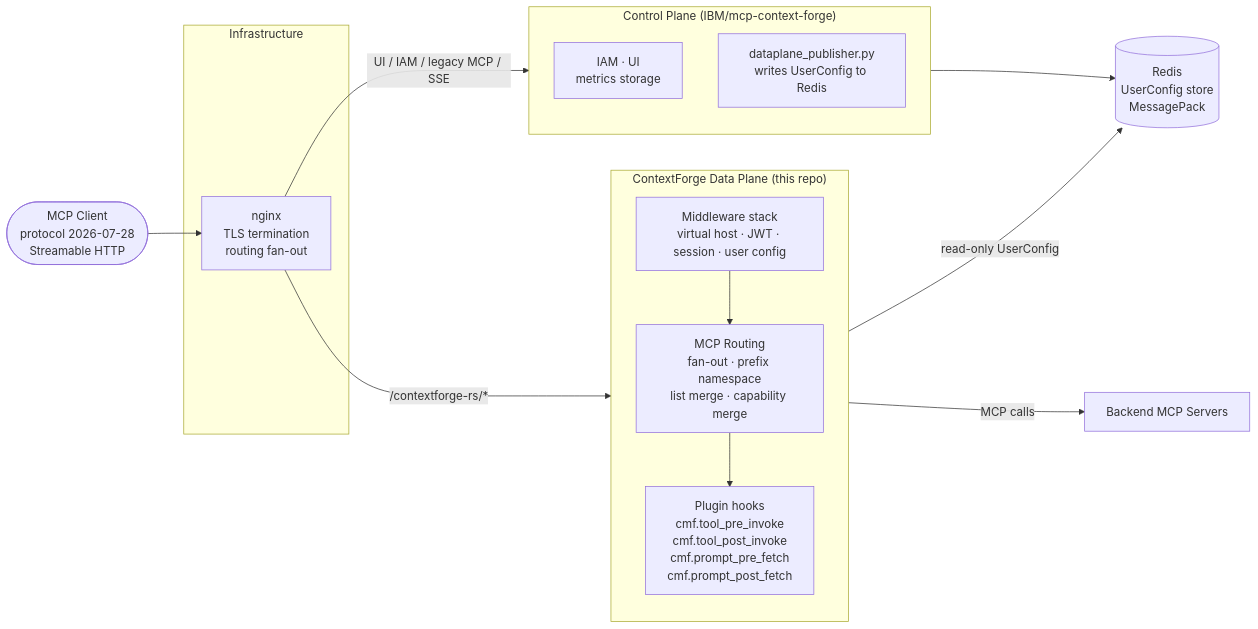
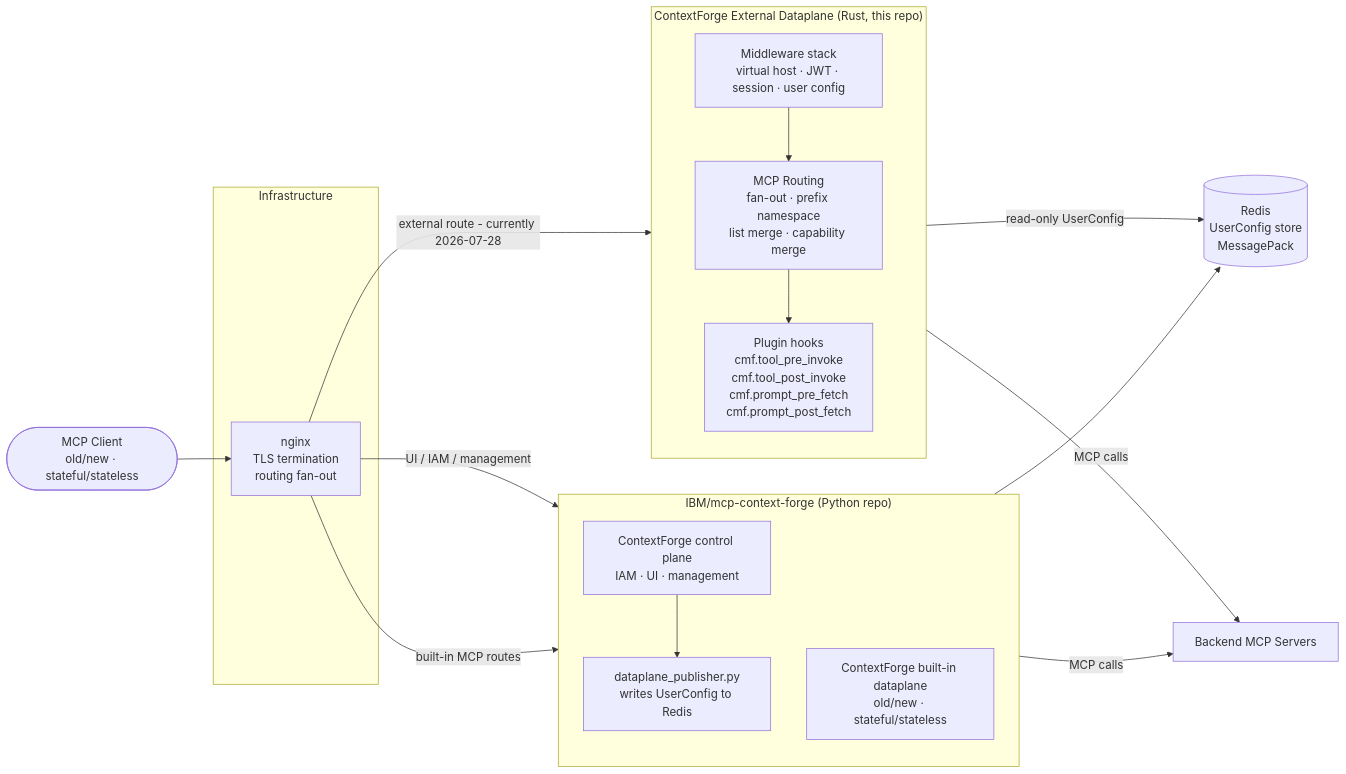
One commit to contextforge-gateway-rs/contextforge-gateway-rs changed the first of 2 diagrams in _context/wiki/project.md. Above: the diagram before and after it, drawn with Mermaid. The commit also changed other lines of this file and 11 other files, not shown here.

Commit message:
docs: clarify ContextForge plane terminology

````diff
--- a/_context/wiki/project.md
+++ b/_context/wiki/project.md
@@ -20,32 +52,36 @@
 ```mermaid
 flowchart LR
-    C(["MCP Client\nprotocol 2026-07-28\nStreamable HTTP"])
+    C(["MCP Client\nold/new · stateful/stateless"])
 
     subgraph Infra["Infrastructure"]
         N["nginx\nTLS termination\nrouting fan-out"]
     end
 
-    subgraph DP["ContextForge Data Plane  (this repo)"]
+    subgraph EDP["ContextForge External Dataplane  (Rust, this repo)"]
         direction TB
         MW["Middleware stack\nvirtual host · JWT · session · user config"]
         RT["MCP Routing\nfan-out · prefix namespace\nlist merge · capability merge"]
         PL["Plugin hooks\ncmf.tool_pre_invoke\ncmf.tool_post_invoke\ncmf.prompt_pre_fetch\ncmf.prompt_post_fetch"]
         MW --> RT --> PL
     end
 
-    subgraph CP["Control Plane  (IBM/mcp-context-forge)"]
+    subgraph PythonRepo["IBM/mcp-context-forge  (Python repo)"]
         direction TB
-        IAM["IAM · UI\nmetrics storage"]
+        CP["ContextForge control plane\nIAM · UI · management"]
+        BDP["ContextForge built-in dataplane\nold/new · stateful/stateless"]
         PUB["dataplane_publisher.py\nwrites UserConfig to Redis"]
+        CP --> PUB
     end
 
     R[("Redis\nUserConfig store\nMessagePack")]
     BE["Backend MCP Servers"]
 
     C --> N
-    N -->|"/contextforge-rs/*"| DP
-    N -->|"UI / IAM / legacy MCP / SSE"| CP
-    CP --> R
-    DP -->|"read-only UserConfig"| R
-    DP -->|"MCP calls"| BE
+    N -->|"external route - currently 2026-07-28"| EDP
+    N -->|"UI / IAM / management"| CP
+    N -->|"built-in MCP routes"| BDP
+    PUB --> R
+    EDP -->|"read-only UserConfig"| R
+    EDP -->|"MCP calls"| BE
+    BDP -->|"MCP calls"| BE
 ```
````
